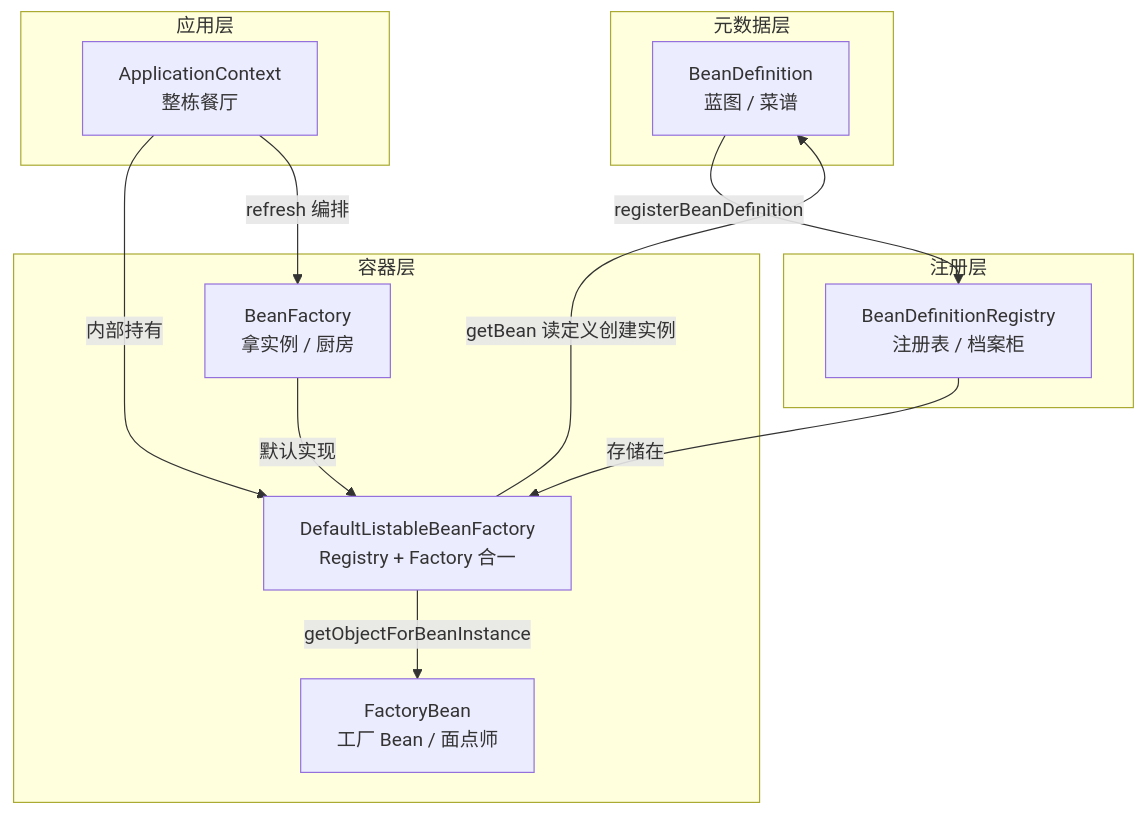
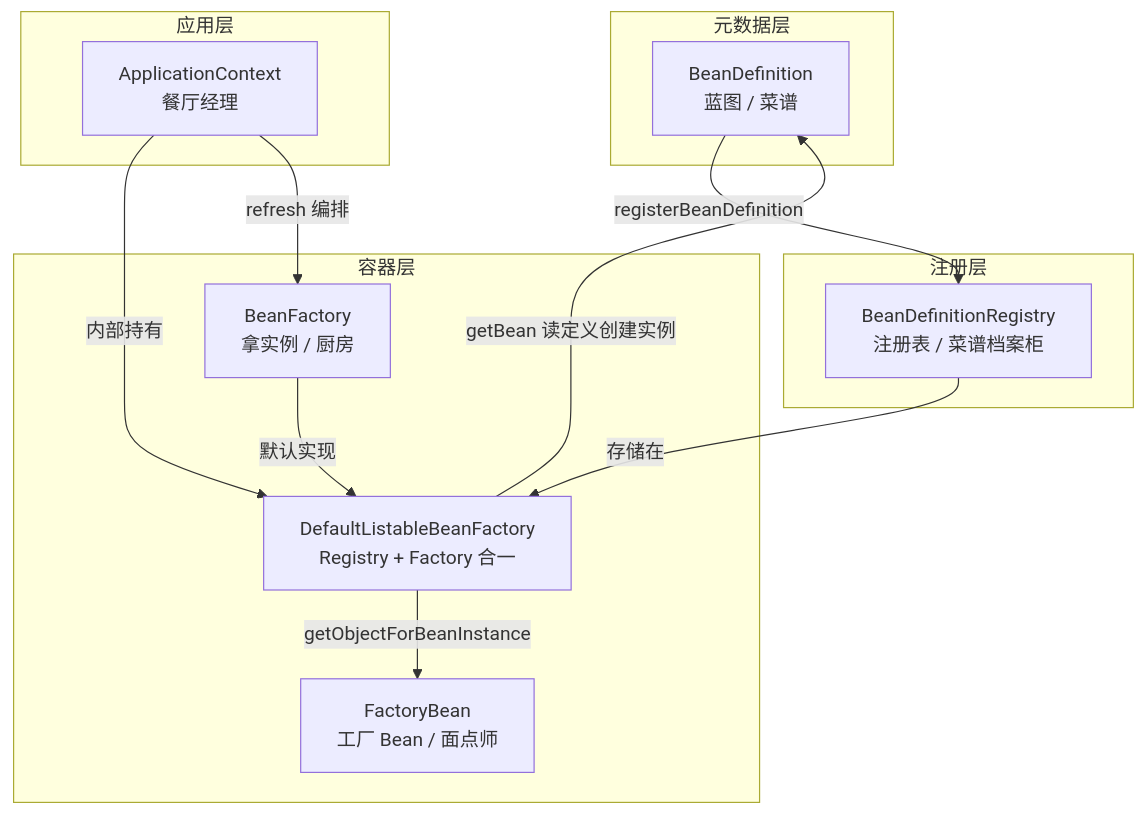
Before and after one commit to guoyang13/KnowledgeVault: the diagram in Senior Java Engineer/1-Java/框架/spring/03-速查-IoC与DI核心整合速查.md, drawn with Mermaid. The commit also changed other lines of this file and 15 other files, not shown here.

````diff
--- a/Senior Java Engineer/1-Java/框架/spring/03-速查-IoC与DI核心整合速查.md
+++ b/Senior Java Engineer/1-Java/框架/spring/03-速查-IoC与DI核心整合速查.md
@@ -100,28 +120,28 @@
 ```mermaid
 graph TB
     subgraph 元数据层
         BD[BeanDefinition<br/>蓝图 / 菜谱]
     end
 
     subgraph 注册层
-        BDR[BeanDefinitionRegistry<br/>注册表 / 档案柜]
+        BDR[BeanDefinitionRegistry<br/>注册表 / 菜谱档案柜]
     end
 
     subgraph 容器层
         BF[BeanFactory<br/>拿实例 / 厨房]
         FB[FactoryBean<br/>工厂 Bean / 面点师]
         DLBF[DefaultListableBeanFactory<br/>Registry + Factory 合一]
     end
 
     subgraph 应用层
-        AC[ApplicationContext<br/>整栋餐厅]
+        AC[ApplicationContext<br/>餐厅经理]
     end
 
     BD -->|registerBeanDefinition| BDR
     BDR -->|存储在| DLBF
     BF -->|默认实现| DLBF
     DLBF -->|getBean 读定义创建实例| BD
     DLBF -->|getObjectForBeanInstance| FB
     AC -->|内部持有| DLBF
     AC -->|refresh 编排| BF
 ```
````
